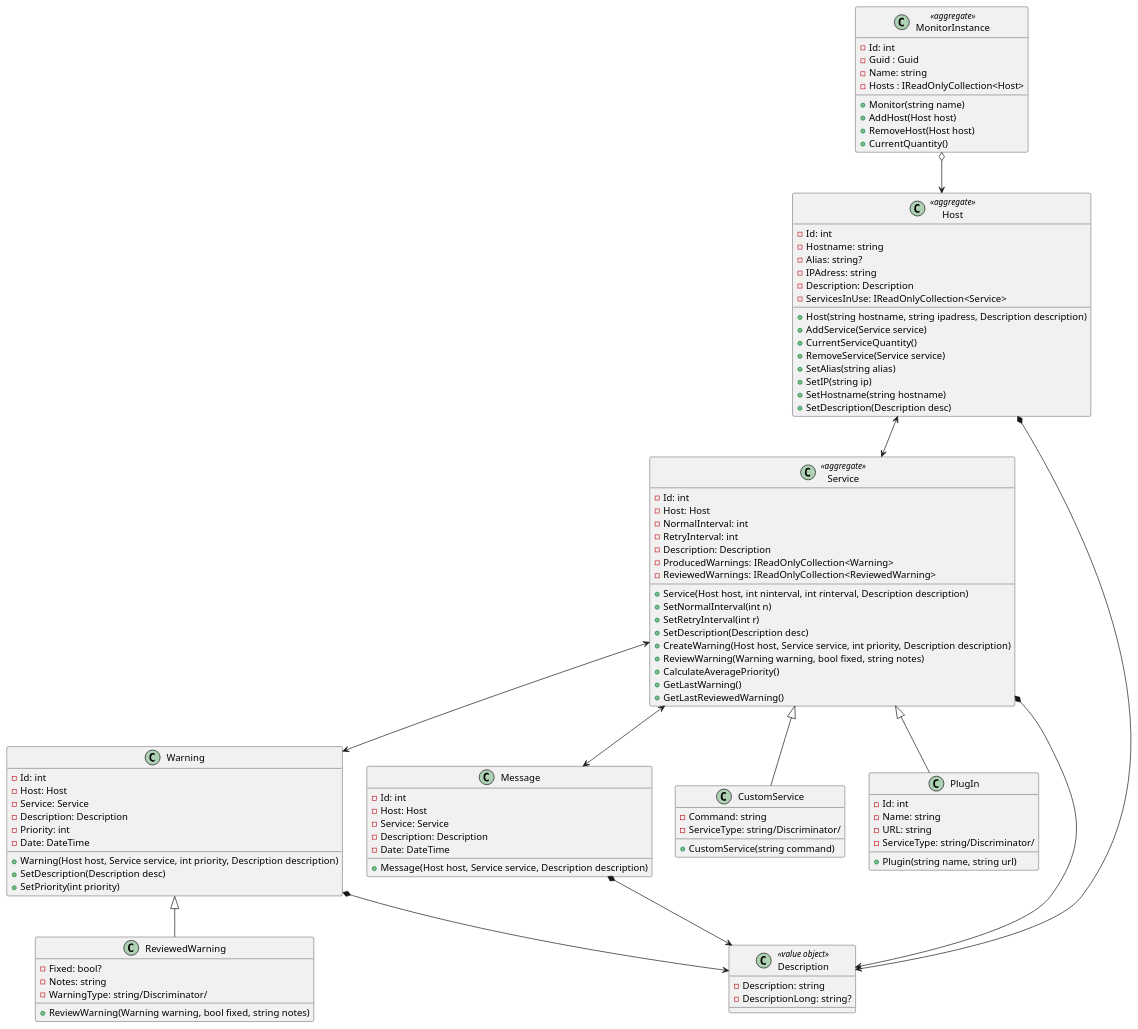
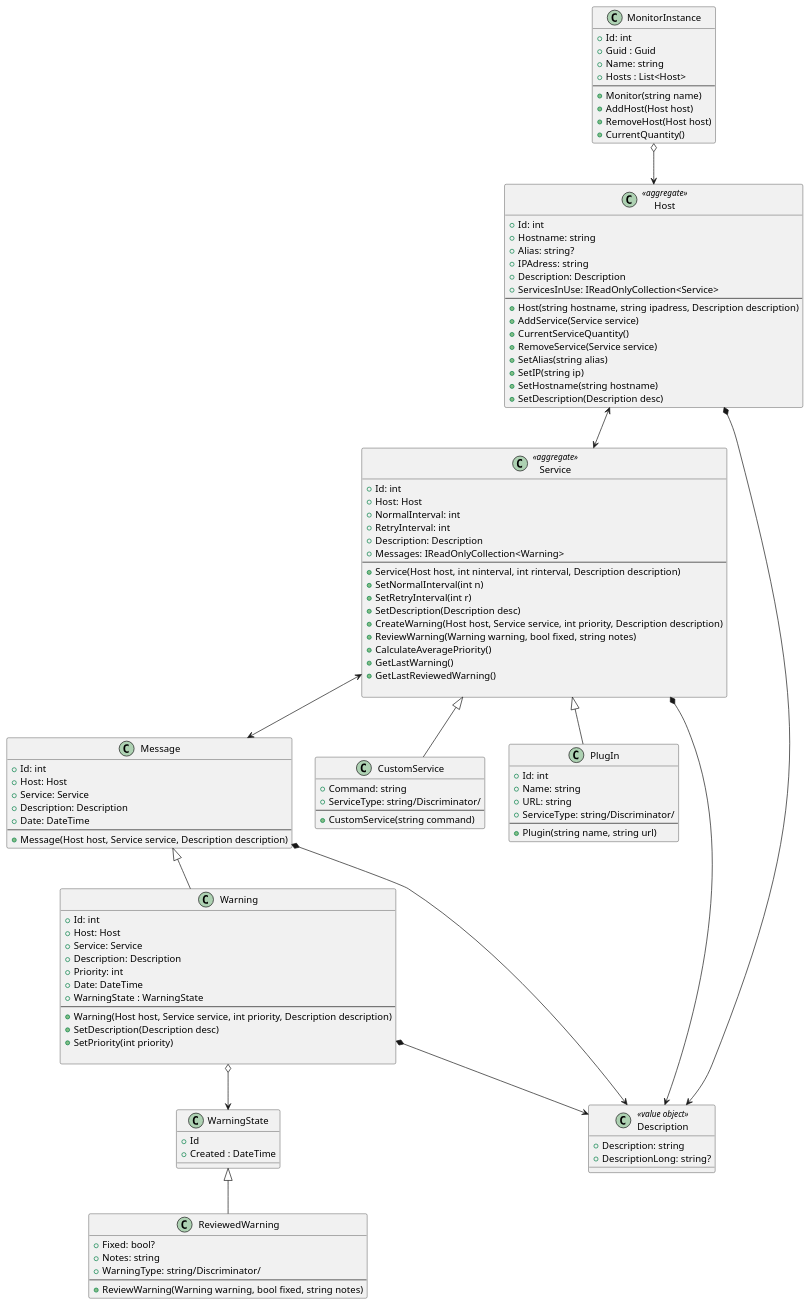
Before and after one commit to pa4ul/NetMonitor: the diagram in ClassDiagram/NetMonitor.puml, drawn with PlantUML. The commit also changed 20 other files, not shown here.

```diff
--- a/ClassDiagram/NetMonitor.puml
+++ b/ClassDiagram/NetMonitor.puml
@@ -1,110 +1,124 @@
 @startuml
 
-class MonitorInstance <<aggregate>>{
-    - Id: int
-    - Guid : Guid
-    - Name: string
-    - Hosts : IReadOnlyCollection<Host>
+class MonitorInstance{
+    + Id: int
+    + Guid : Guid
+    + Name: string
+    + Hosts : List<Host>
+    ---
     + Monitor(string name)
     + AddHost(Host host)
     + RemoveHost(Host host)
     + CurrentQuantity()
 }
 class Message{
-    -Id: int
-    -Host: Host
-    -Service: Service
-    -Description: Description
-    -Date: DateTime
+    +Id: int
+    +Host: Host
+    +Service: Service
+    +Description: Description
+    +Date: DateTime
+    ---
     +Message(Host host, Service service, Description description)
 }
 class Host <<aggregate>>{
-    -Id: int
-    -Hostname: string
-    -Alias: string?
-    -IPAdress: string
-    -Description: Description
-    -ServicesInUse: IReadOnlyCollection<Service>
+    +Id: int
+    +Hostname: string
+    +Alias: string?
+    +IPAdress: string
+    +Description: Description
+    +ServicesInUse: IReadOnlyCollection<Service>
+    ---
     +Host(string hostname, string ipadress, Description description)
     +AddService(Service service)
     +CurrentServiceQuantity()
     +RemoveService(Service service)
     +SetAlias(string alias)
     +SetIP(string ip)
     +SetHostname(string hostname)
     +SetDescription(Description desc)
 }
 class Service<<aggregate>>{
-    -Id: int
-    -Host: Host
-    -NormalInterval: int
-    -RetryInterval: int
-    -Description: Description
-    -ProducedWarnings: IReadOnlyCollection<Warning>
-    -ReviewedWarnings: IReadOnlyCollection<ReviewedWarning>
+    +Id: int
+    +Host: Host
+    +NormalInterval: int
+    +RetryInterval: int
+    +Description: Description
+    +Messages: IReadOnlyCollection<Warning>
+    ---
     +Service(Host host, int ninterval, int rinterval, Description description)
     +SetNormalInterval(int n)
     +SetRetryInterval(int r)
     +SetDescription(Description desc)
     +CreateWarning(Host host, Service service, int priority, Description description)
     +ReviewWarning(Warning warning, bool fixed, string notes)
     +CalculateAveragePriority()
     +GetLastWarning()
     +GetLastReviewedWarning()
 
 }
 
 class CustomService{
-    -Command: string
-    -ServiceType: string/Discriminator/
+    +Command: string
+    +ServiceType: string/Discriminator/
+    ---
     +CustomService(string command)
 }
 
 class PlugIn{
-    -Id: int
-    -Name: string
-    -URL: string
-    -ServiceType: string/Discriminator/
+    +Id: int
+    +Name: string
+    +URL: string
+    +ServiceType: string/Discriminator/
+    ---
     +Plugin(string name, string url)
 }
 
 class Description <<value object>>{
-    -Description: string
-    -DescriptionLong: string?
+    +Description: string
+    +DescriptionLong: string?
 }
 
 class Warning{
-    -Id: int
-    -Host: Host
-    -Service: Service
-    -Description: Description
-    -Priority: int
-    -Date: DateTime
+    +Id: int
+    +Host: Host
+    +Service: Service
+    +Description: Description
+    +Priority: int
+    +Date: DateTime
+    +WarningState : WarningState
+    ---
     +Warning(Host host, Service service, int priority, Description description)
     +SetDescription(Description desc)
     +SetPriority(int priority)
     
 }
 
+class WarningState {
+    +Id
+    +Created : DateTime
+}
+
 class ReviewedWarning{
-    -Fixed: bool?
-    -Notes: string
-    -WarningType: string/Discriminator/
+    +Fixed: bool?
+    +Notes: string
+    +WarningType: string/Discriminator/
+    ---
     +ReviewWarning(Warning warning, bool fixed, string notes)
 }
 
 
 
-ReviewedWarning -up-|> Warning
+ReviewedWarning -up-|> WarningState
 CustomService -up-|> Service
 PlugIn -up-|> Service
 Host *--> Description
 Service *--> Description
 Warning *--> Description
+Warning o--> WarningState
 Message *--> Description
 Host <--> Service
 MonitorInstance o--> Host
-Service <--> Warning
 Service <--> Message
+Warning -up-|> Message
 
 @enduml
```
